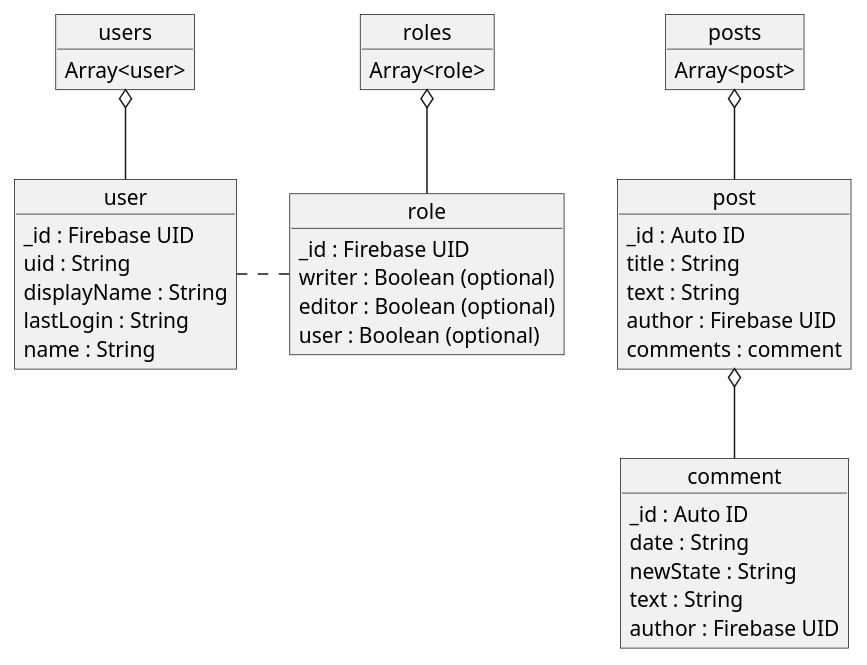
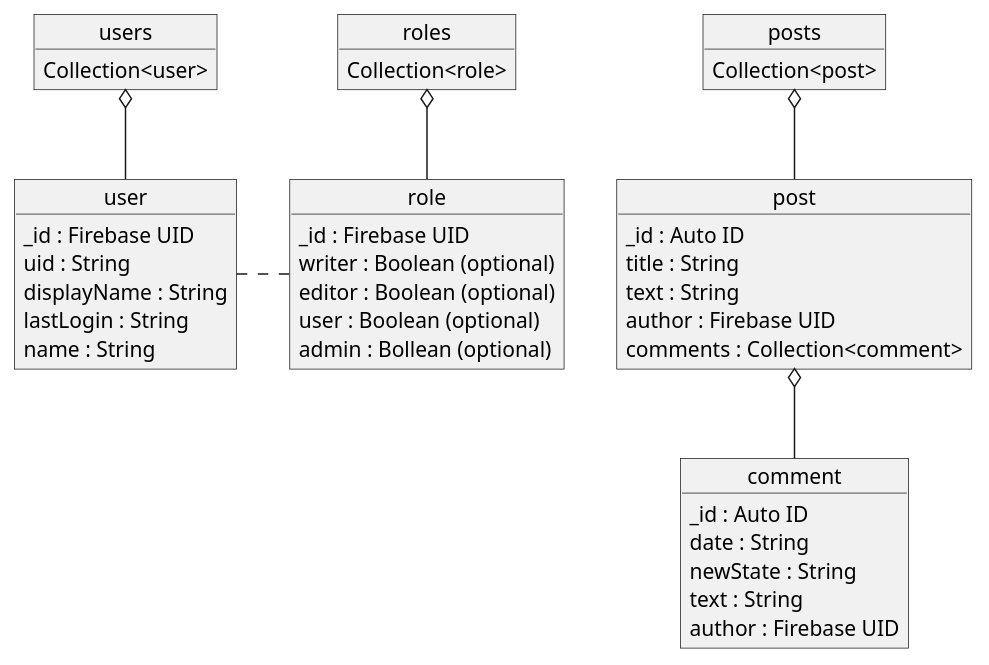
Before and after one commit to anoff/blog: the diagram in img/assets/rbac-firestore/document-classes.puml, drawn with PlantUML. The commit also changed 3 other files, not shown here.

```diff
--- a/img/assets/rbac-firestore/document-classes.puml
+++ b/img/assets/rbac-firestore/document-classes.puml
@@ -1,46 +1,47 @@
 @startuml document-classes
 object users
-users : Array<user>
+users : Collection<user>
 
 object "user" as user
 user : _id : Firebase UID
 user : uid : String
 user : displayName : String
 user : lastLogin : String
 user : name : String
 
 users o-- user
 
 object roles
-roles : Array<role>
+roles : Collection<role>
 
 object "role" as role
 role : _id : Firebase UID
 role : writer : Boolean (optional)
 role : editor : Boolean (optional)
 role : user : Boolean (optional)
+role : admin : Bollean (optional)
 
 roles o-- role
 role .left. user
 
 object posts
-posts : Array<post>
+posts : Collection<post>
 
 object post
 post : _id : Auto ID
 post : title : String
 post : text : String
 post : author : Firebase UID
-post : comments : comment
+post : comments : Collection<comment>
 
 posts o-- post
 
 object comment
 comment : _id : Auto ID
 comment : date : String
 comment : newState : String
 comment : text : String
 comment : author : Firebase UID
 
 post o-- comment
 @enduml
```
